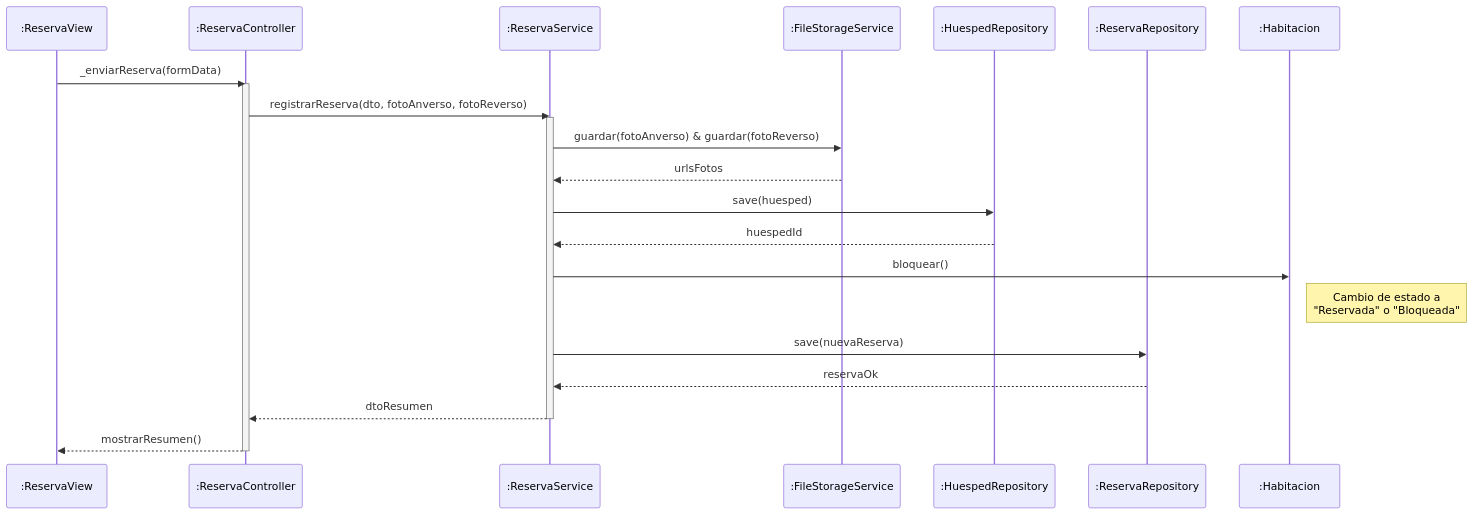
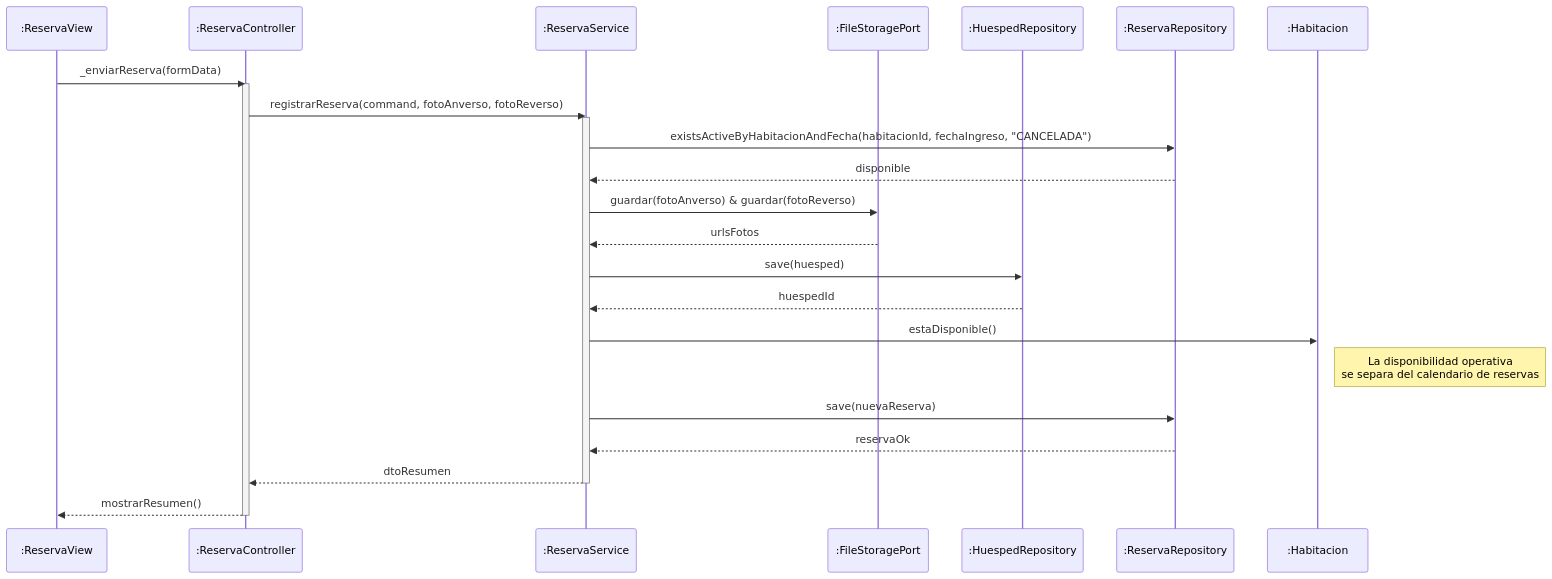
The diagram in 03_Diseño/CU-02-Registrar-Reserva/CU-02_Secuencia.mmd (Tsmrain/GestionSistemas), drawn with Mermaid before and after one commit. The commit also changed 55 other files, not shown here.

Commit message:
Refactor reservas flow for layered architecture

```diff
--- a/03_Diseño/CU-02-Registrar-Reserva/CU-02_Secuencia.mmd
+++ b/03_Diseño/CU-02-Registrar-Reserva/CU-02_Secuencia.mmd
@@ -1,30 +1,33 @@
 sequenceDiagram
     participant UI as :ReservaView
     participant Ctrl as :ReservaController
     participant Serv as :ReservaService
-    participant Storage as :FileStorageService
+    participant Storage as :FileStoragePort
     participant RepoH as :HuespedRepository
     participant RepoR as :ReservaRepository
     participant Hab as :Habitacion
 
     UI->>Ctrl: _enviarReserva(formData)
     activate Ctrl
-    Ctrl->>Serv: registrarReserva(dto, fotoAnverso, fotoReverso)
+    Ctrl->>Serv: registrarReserva(command, fotoAnverso, fotoReverso)
     activate Serv
-    
+
+    Serv->>RepoR: existsActiveByHabitacionAndFecha(habitacionId, fechaIngreso, "CANCELADA")
+    RepoR-->>Serv: disponible
+
     Serv->>Storage: guardar(fotoAnverso) & guardar(fotoReverso)
     Storage-->>Serv: urlsFotos
-    
+
     Serv->>RepoH: save(huesped)
     RepoH-->>Serv: huespedId
-    
-    Serv->>Hab: bloquear()
-    Note right of Hab: Cambio de estado a <br/>"Reservada" o "Bloqueada"
-    
+
+    Serv->>Hab: estaDisponible()
+    Note right of Hab: La disponibilidad operativa <br/>se separa del calendario de reservas
+
     Serv->>RepoR: save(nuevaReserva)
     RepoR-->>Serv: reservaOk
-    
+
     Serv-->>Ctrl: dtoResumen
     deactivate Serv
     Ctrl-->>UI: mostrarResumen()
     deactivate Ctrl
```
